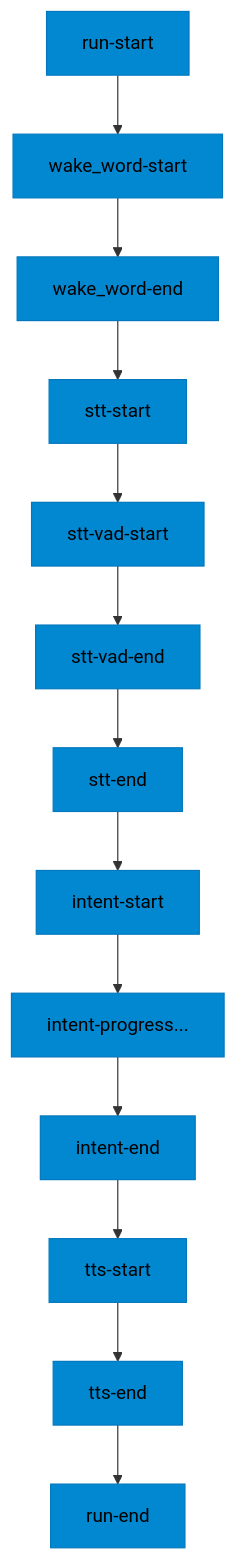
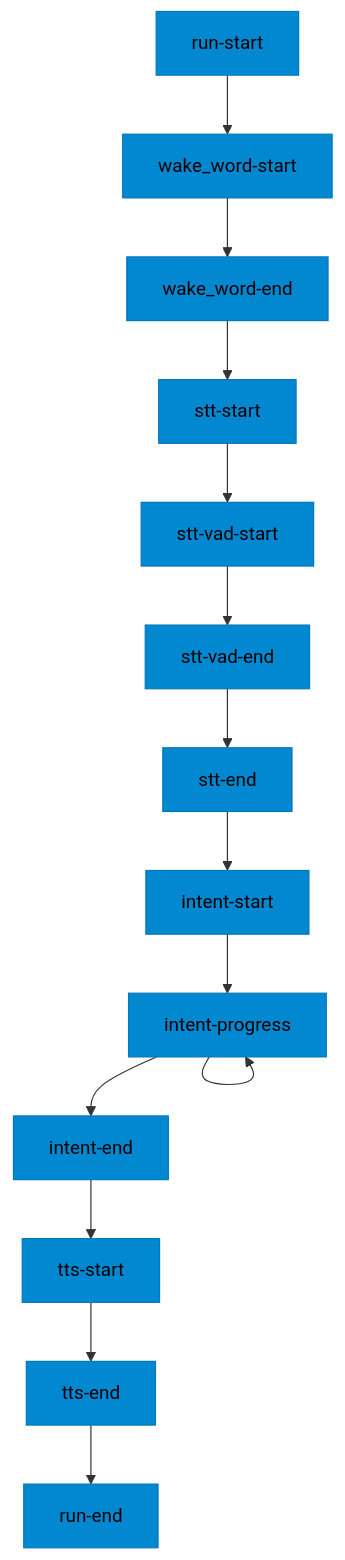
Before and after one commit to home-assistant/developers.home-assistant: the second of 4 diagrams in docs/voice/pipelines/index.md, drawn with Mermaid. The commit also changed other lines of this file, not shown here.

Commit message:
Add loop

````diff
--- a/docs/voice/pipelines/index.md
+++ b/docs/voice/pipelines/index.md
@@ -87,8 +87,10 @@
 ```mermaid
 %%{init: {'theme':'base', 'themeVariables': { 'background':'#f8f9fa', 'primaryColor':'#0288d1', 'primaryTextColor':'#000', 'lineColor':'#333', 'primaryBorderColor':'#0277bd'}}}%%
 flowchart TD
     B1[run-start] --> B2[wake_word-start] --> B3[wake_word-end]
     B3 --> B4[stt-start] --> B5[stt-vad-start] --> B6[stt-vad-end] --> B7[stt-end]
-    B7 --> B8[intent-start] --> B9[intent-progress...] --> B10[intent-end]
+    B7 --> B8[intent-start] --> B9[intent-progress]
+    B9 --> B9
+    B9 --> B10[intent-end]
     B10 --> B11[tts-start] --> B12[tts-end] --> B13[run-end]
 ```
````
